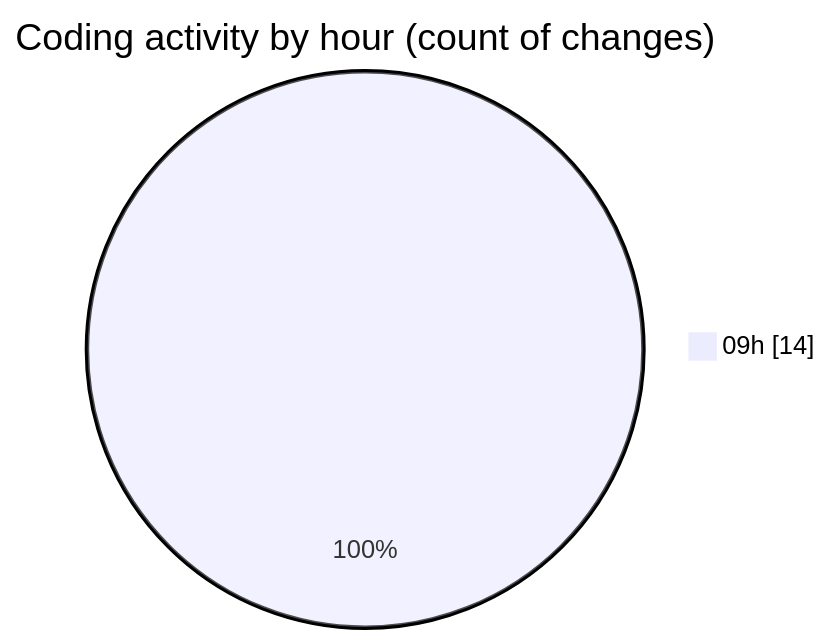
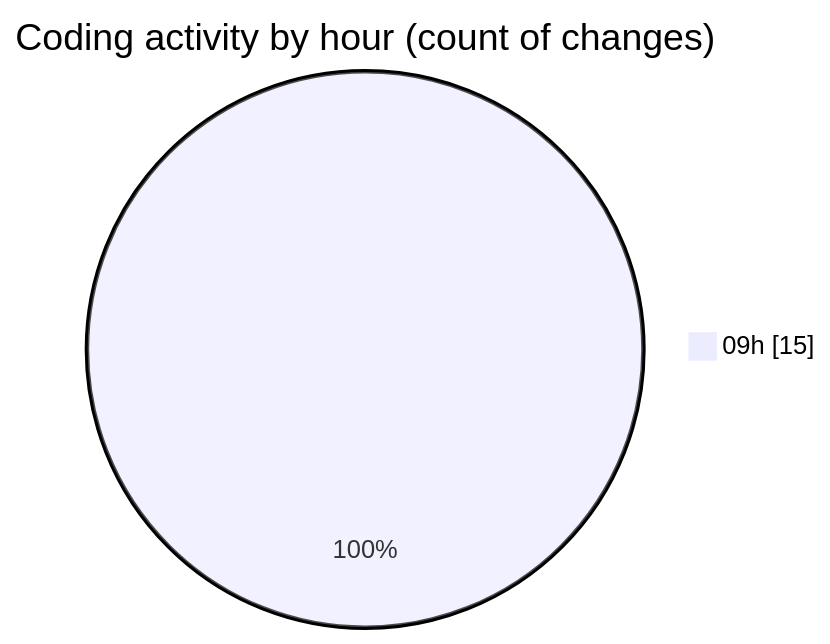
Before and after one commit to momahboobian/code-tracking: the second of 2 diagrams in 2025-12-04/cda/README.md, drawn with Mermaid. The commit also changed other lines of this file and 1 other file, not shown here.

````diff
--- a/2025-12-04/cda/README.md
+++ b/2025-12-04/cda/README.md
@@ -30,5 +30,5 @@
 ```mermaid
 pie showData
 title Coding activity by hour (count of changes)
-"09h" : 14
+"09h" : 15
 ```
````
